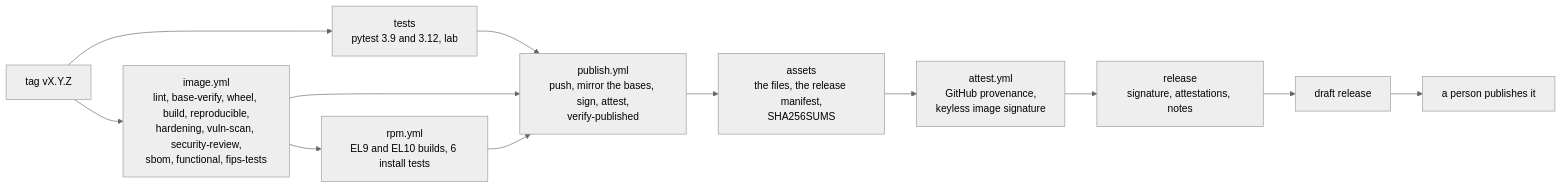
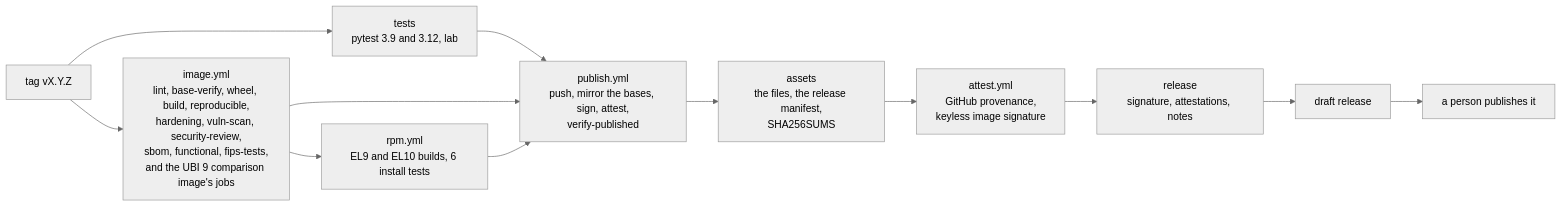
One commit to JoeHazurmoney/architecture-wiredata-to-log changed the diagram in docs/releasing.md. Above: the diagram before and after it, drawn with Mermaid (neutral theme). The commit also changed other lines of this file and 29 other files, not shown here.

First line of the commit message:
feat(image): ship wd2l on UBI 9 as a comparison image, built, checked and published like the shipped one (#195)

````diff
--- a/docs/releasing.md
+++ b/docs/releasing.md
@@ -19,14 +19,14 @@
 ```mermaid
 flowchart LR
   tag["tag vX.Y.Z"] --> tests["tests<br/>pytest 3.9 and 3.12, lab"]
-  tag --> image["image.yml<br/>lint, base-verify, wheel, build, reproducible,<br/>hardening, vuln-scan, security-review,<br/>sbom, functional, fips-tests"]
+  tag --> image["image.yml<br/>lint, base-verify, wheel, build, reproducible,<br/>hardening, vuln-scan, security-review,<br/>sbom, functional, fips-tests,<br/>and the UBI 9 comparison image's jobs"]
   image --> rpm["rpm.yml<br/>EL9 and EL10 builds, 6 install tests"]
   tests --> publish["publish.yml<br/>push, mirror the bases, sign, attest,<br/>verify-published"]
   image --> publish
   rpm --> publish
   publish --> assets["assets<br/>the files, the release manifest,<br/>SHA256SUMS"]
   assets --> attest["attest.yml<br/>GitHub provenance,<br/>keyless image signature"]
   attest --> release["release<br/>signature, attestations, notes"]
   release --> draft["draft release"]
   draft --> person["a person publishes it"]
 ```
````
